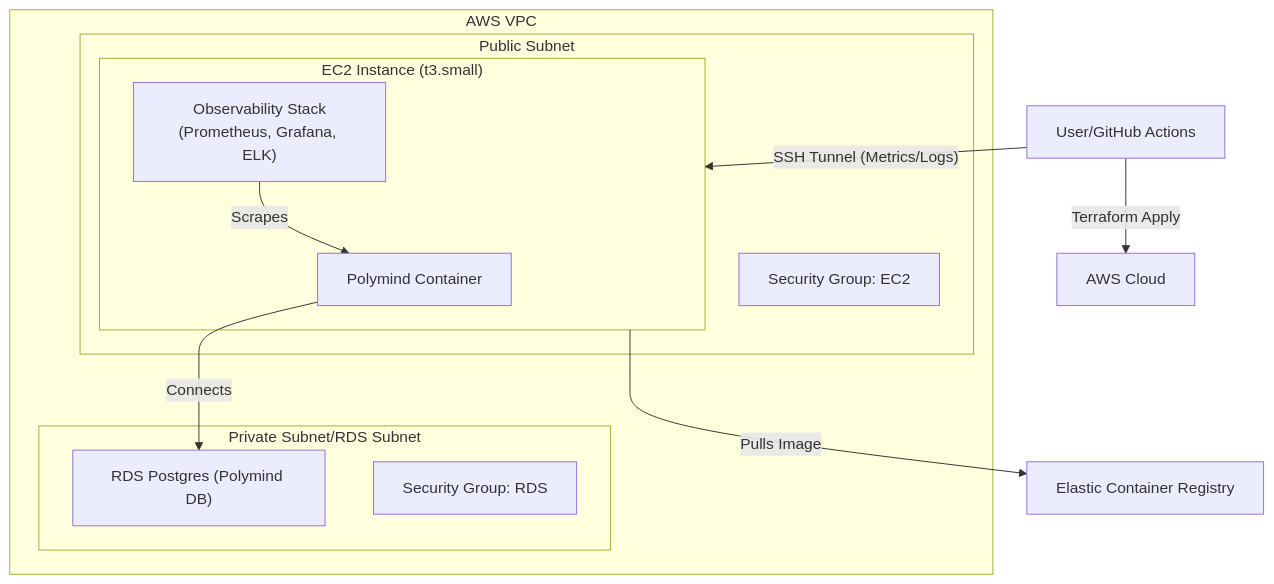
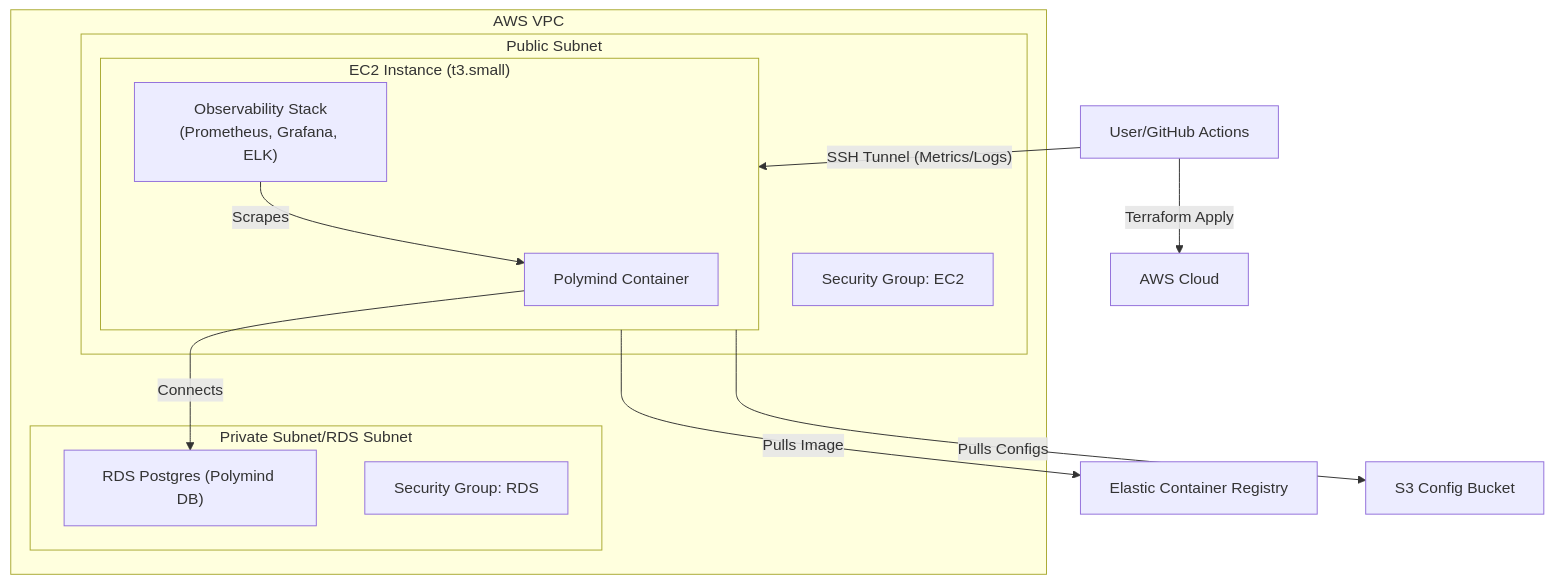
The diagram in README.md (Wad-Law/infra), drawn with Mermaid before and after one commit. The commit also changed other lines of this file and 1 other file, not shown here.

````diff
--- a/README.md
+++ b/README.md
@@ -9,22 +9,23 @@
 ```mermaid
 graph TD
     User["User/GitHub Actions"] -->|Terraform Apply| AWS["AWS Cloud"]
     subgraph cloud ["AWS VPC"]
         subgraph public ["Public Subnet"]
             subgraph instance ["EC2 Instance (t3.small)"]
                 Polymind["Polymind Container"]
                 Obs["Observability Stack<br/>(Prometheus, Grafana, ELK)"]
             end
             SG_EC2["Security Group: EC2"]
         end
         subgraph private ["Private Subnet/RDS Subnet"]
             RDS["RDS Postgres (Polymind DB)"]
             SG_RDS["Security Group: RDS"]
         end
     end
     
     Polymind -->|Connects| RDS
     Obs -->|Scrapes| Polymind
     instance -->|Pulls Image| ECR["Elastic Container Registry"]
+    instance -->|Pulls Configs| S3Bucket["S3 Config Bucket"]
     User -->|"SSH Tunnel (Metrics/Logs)"| instance
 ```
````
